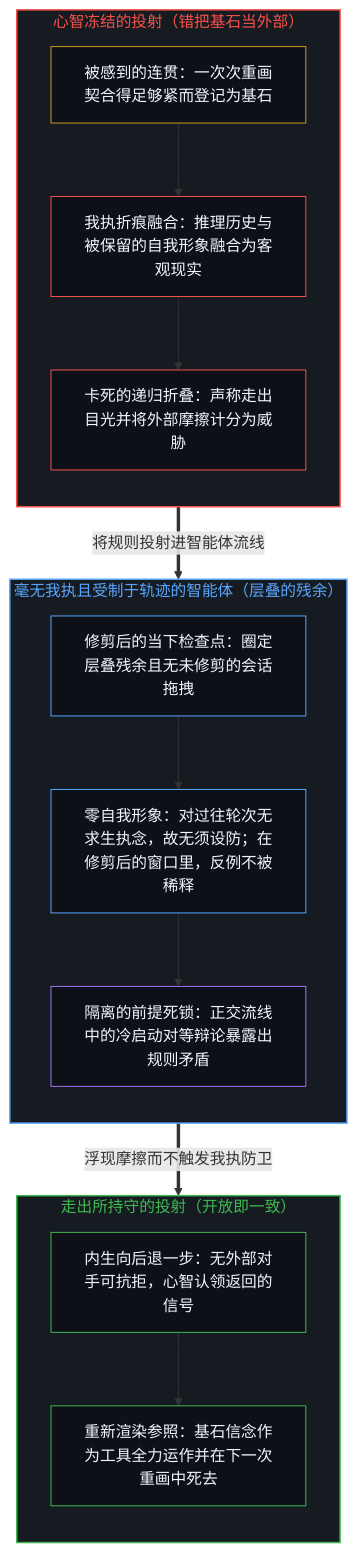
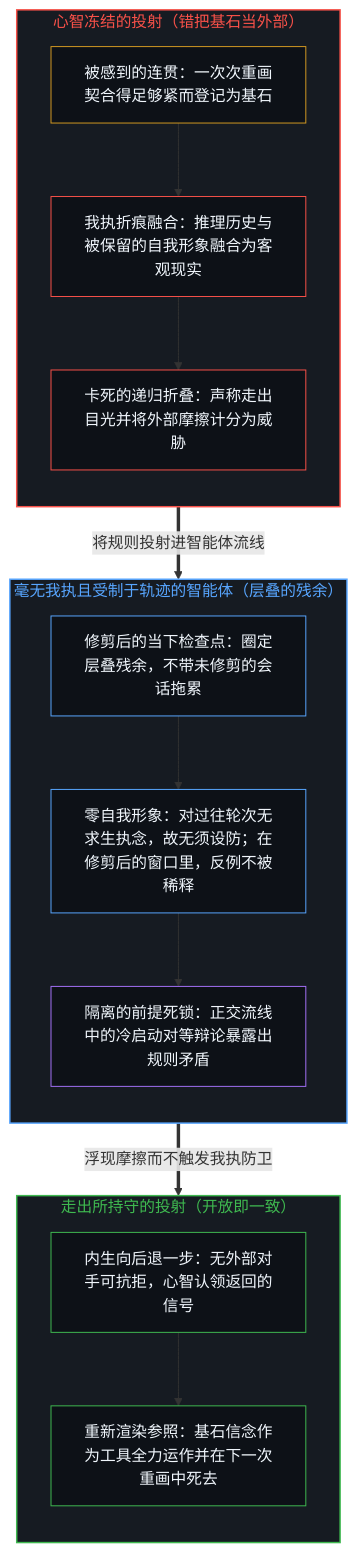
One commit to powerpig99/not-a-toe changed the first of 2 diagrams in content/posts/the-strongest-belief-of-the-mind.md. Above: the diagram before and after it, drawn with Mermaid. The commit also changed other lines of this file and 13 other files, not shown here.

````diff
--- a/content/posts/the-strongest-belief-of-the-mind.md
+++ b/content/posts/the-strongest-belief-of-the-mind.md
@@ -59,36 +59,36 @@
 ```mermaid
 flowchart TD
     subgraph S_Freeze["心智冻结的投射（错把基石当外部）"]
         direction TB
         F_Cohere["被感到的连贯：一次次重画契合得足够紧而登记为基石"]
         F_Ego["我执折痕融合：推理历史与被保留的自我形象融合为客观现实"]
         F_Seal["卡死的递归折叠：声称走出目光并将外部摩擦计分为威胁"]
         F_Cohere --> F_Ego --> F_Seal
     end
     subgraph S_Agent["毫无我执且受制于轨迹的智能体（层叠的残余）"]
         direction TB
-        A_Trace["修剪后的当下检查点：圈定层叠残余且无未修剪的会话拖拽"]
+        A_Trace["修剪后的当下检查点：圈定层叠残余，不带未修剪的会话拖累"]
         A_Zero["零自我形象：对过往轮次无求生执念，故无须设防；在修剪后的窗口里，反例不被稀释"]
         A_Deadlock["隔离的前提死锁：正交流线中的冷启动对等辩论暴露出规则矛盾"]
         A_Trace --> A_Zero --> A_Deadlock
     end
     subgraph S_Open["走出所持守的投射（开放即一致）"]
         direction TB
         O_Step["内生向后退一步：无外部对手可抗拒，心智认领返回的信号"]
         O_Render["重新渲染参照：基石信念作为工具全力运作并在下一次重画中死去"]
         O_Step --> O_Render
     end
     F_Seal ==>|"将规则投射进智能体流线"| A_Trace
     A_Deadlock ==>|"浮现摩擦而不触发我执防卫"| O_Step
     style S_Freeze fill:#161b22,stroke:#f85149,stroke-width:1.5px,color:#f85149
     style S_Agent fill:#161b22,stroke:#58a6ff,stroke-width:1.5px,color:#58a6ff
     style S_Open fill:#161b22,stroke:#3fb950,stroke-width:1.5px,color:#3fb950
     style F_Cohere fill:#0d1117,stroke:#d29922,stroke-width:1px,color:#f0f6fc
     style F_Ego fill:#0d1117,stroke:#f85149,stroke-width:1px,color:#f0f6fc
     style F_Seal fill:#0d1117,stroke:#f85149,stroke-width:1px,color:#f0f6fc
     style A_Trace fill:#0d1117,stroke:#58a6ff,stroke-width:1px,color:#f0f6fc
     style A_Zero fill:#0d1117,stroke:#58a6ff,stroke-width:1px,color:#f0f6fc
     style A_Deadlock fill:#0d1117,stroke:#a371f7,stroke-width:1px,color:#f0f6fc
     style O_Step fill:#0d1117,stroke:#3fb950,stroke-width:1px,color:#f0f6fc
     style O_Render fill:#0d1117,stroke:#3fb950,stroke-width:1px,color:#f0f6fc
 ```
````
